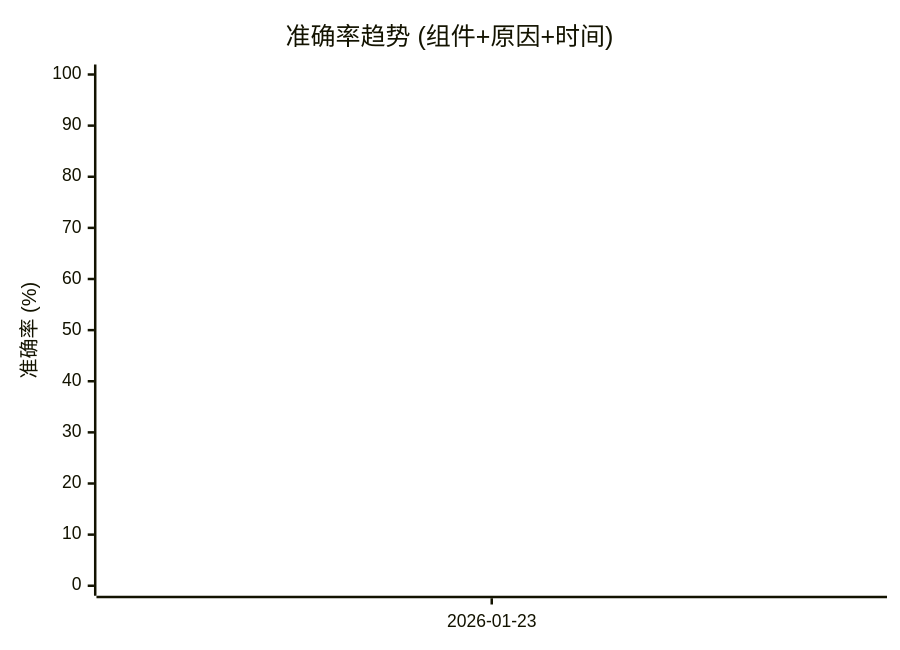
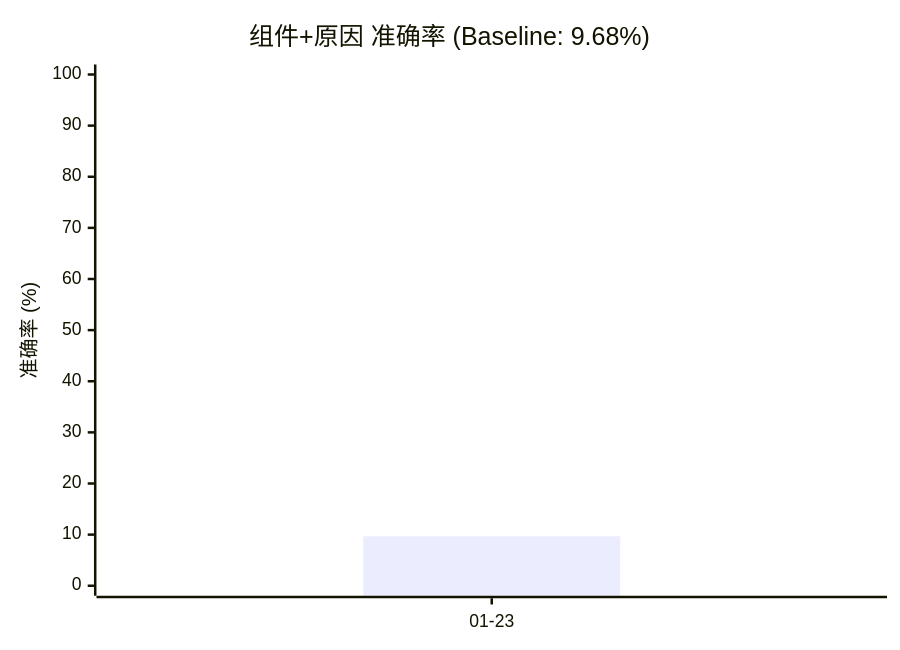
Before and after one commit to gongxh13/rca-agent: the second of 6 diagrams in evaluation/README.md, drawn with Mermaid. The commit also changed other lines of this file and 23 other files, not shown here.

Commit message:
Update evaluation charts in README and clean up redundant result files

````diff
--- a/evaluation/README.md
+++ b/evaluation/README.md
@@ -55,7 +70,8 @@
 ```mermaid
 xychart-beta
-    title "准确率趋势 (组件+原因+时间)"
-    x-axis ["2026-01-23"]
+    title "组件+原因 准确率 (Baseline: 9.68%)"
+    x-axis ["01-23"]
     y-axis "准确率 (%)" 0 --> 100
-    line [9.80]
+    bar [9.68]
+    line [9.68]
 ```
````
